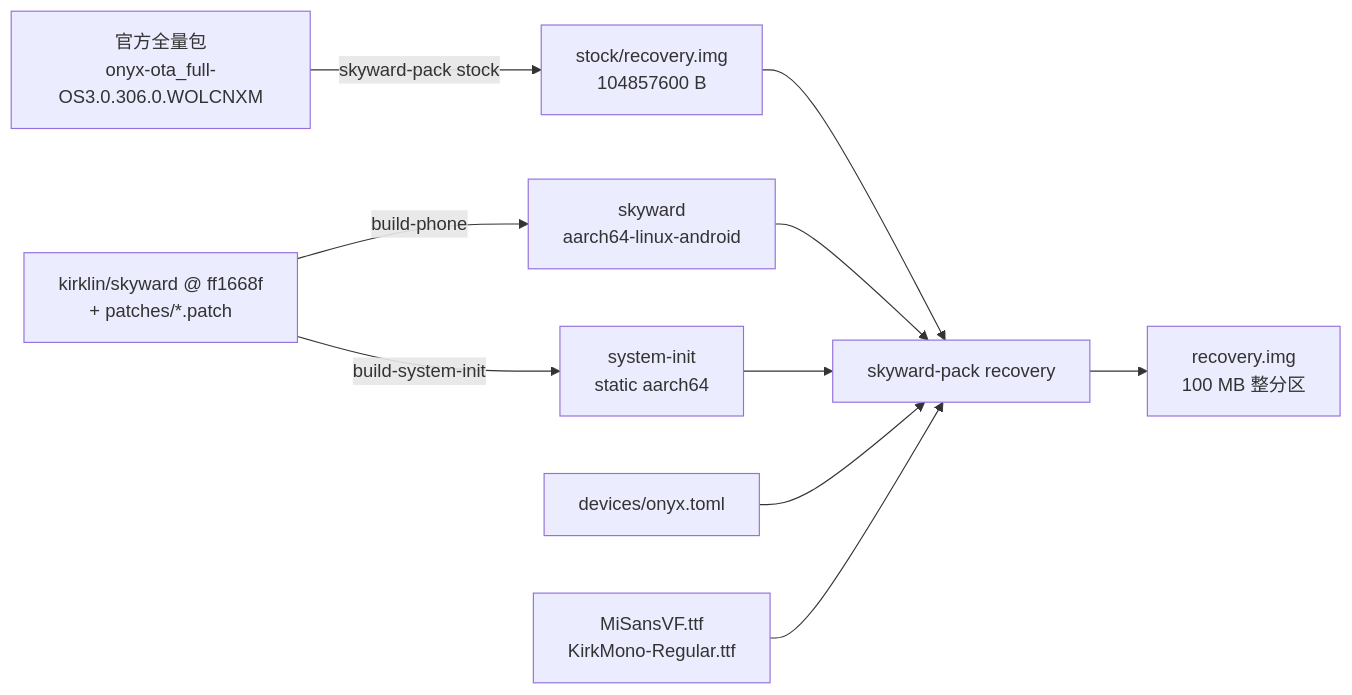
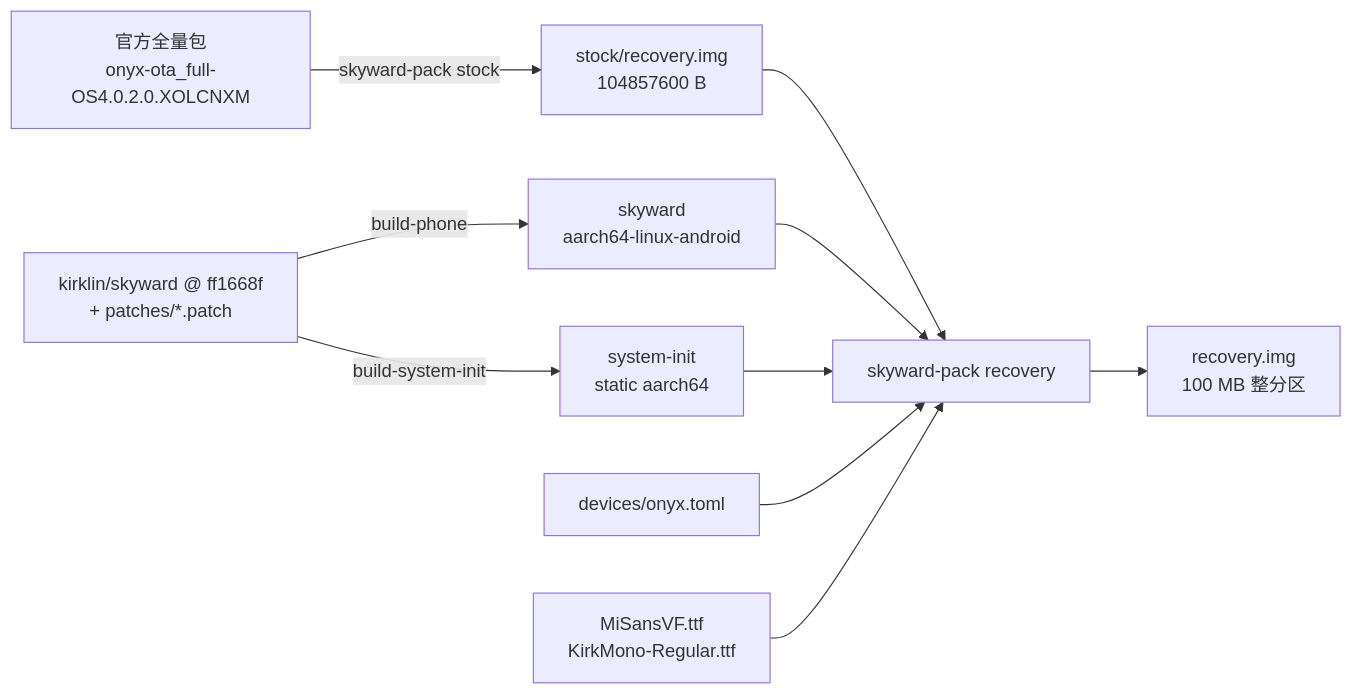
The first of 4 diagrams in docs/02-architecture.md (Remoparrot/skyward-onyx), drawn with Mermaid before and after one commit. The commit also changed other lines of this file and 20 other files, not shown here.

````diff
--- a/docs/02-architecture.md
+++ b/docs/02-architecture.md
@@ -13,12 +13,12 @@
 ```mermaid
 flowchart LR
-  OTA["官方全量包<br/>onyx-ota_full-OS3.0.306.0.WOLCNXM"] -->|"skyward-pack stock"| STOCK["stock/recovery.img<br/>104857600 B"]
+  OTA["官方全量包<br/>onyx-ota_full-OS4.0.2.0.XOLCNXM"] -->|"skyward-pack stock"| STOCK["stock/recovery.img<br/>104857600 B"]
   UP["kirklin/skyward @ ff1668f<br/>+ patches/*.patch"] -->|"build-phone"| BIN["skyward<br/>aarch64-linux-android"]
   UP -->|"build-system-init"| SYSINIT["system-init<br/>static aarch64"]
   STOCK --> PACK["skyward-pack recovery"]
   BIN --> PACK
   SYSINIT --> PACK
   CFG["devices/onyx.toml"] --> PACK
   FONT["MiSansVF.ttf<br/>KirkMono-Regular.ttf"] --> PACK
   PACK --> IMG["recovery.img<br/>100 MB 整分区"]
 ```
````
